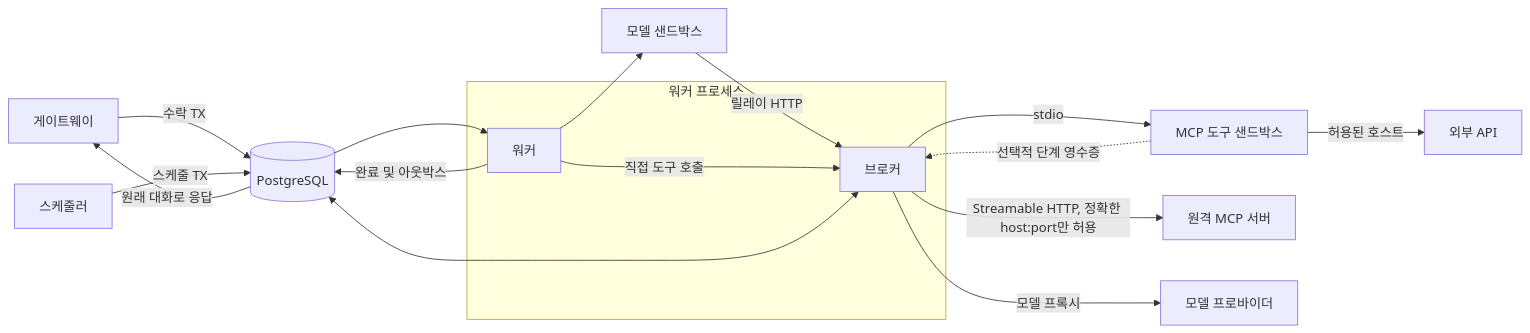
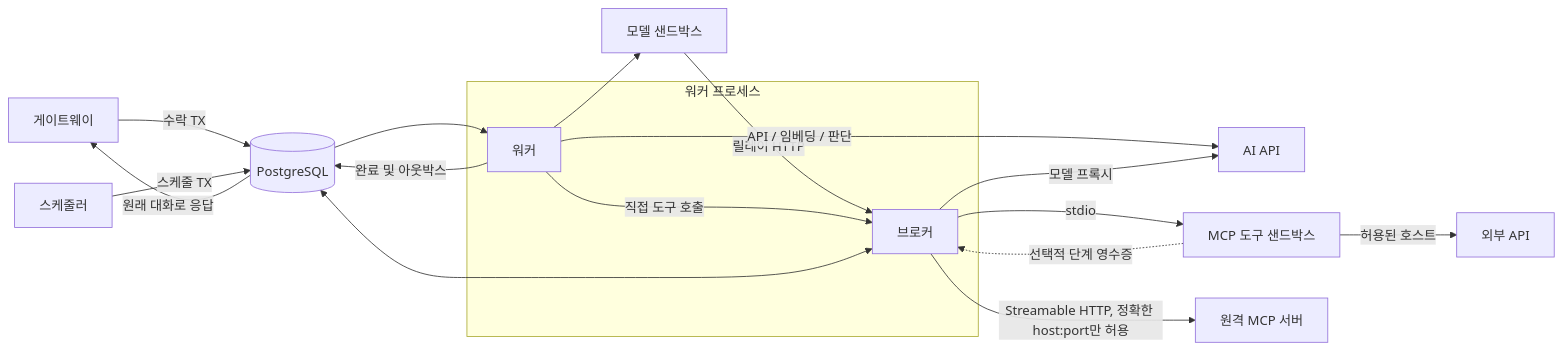
Before and after one commit to lee-lou2/bot-framework: the first of 2 diagrams in docs/ko/architecture.md, drawn with Mermaid. The commit also changed other lines of this file and 13 other files, not shown here.

First line of the commit message:
docs(memory): add hybrid memory diagrams and update architecture guides (#12)

````diff
--- a/docs/ko/architecture.md
+++ b/docs/ko/architecture.md
@@ -18,21 +18,22 @@
 ```mermaid
 flowchart LR
   G[게이트웨이] -->|수락 TX| D[(PostgreSQL)]
   S[스케줄러] -->|스케줄 TX| D
   subgraph worker [워커 프로세스]
     W[워커]
     B[브로커]
   end
   D --> W
   W --> A[모델 샌드박스]
   A -->|릴레이 HTTP| B
   W -->|직접 도구 호출| B
+  W -->|API / 임베딩 / 판단| M[AI API]
   B -->|stdio| P[MCP 도구 샌드박스]
   B -->|Streamable HTTP, 정확한 host:port만 허용| R[원격 MCP 서버]
   P -->|허용된 호스트| E[외부 API]
   P -. 선택적 단계 영수증 .-> B
-  B -->|모델 프록시| M[모델 프로바이더]
+  B -->|모델 프록시| M
   B <--> D
   W -->|완료 및 아웃박스| D
   D -->|원래 대화로 응답| G
 ```
````
